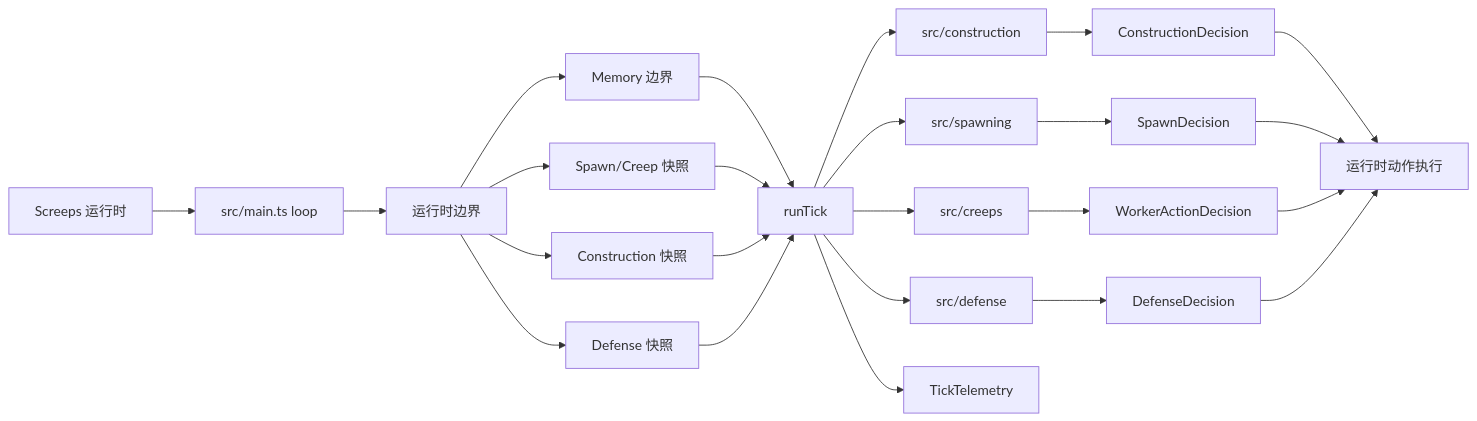
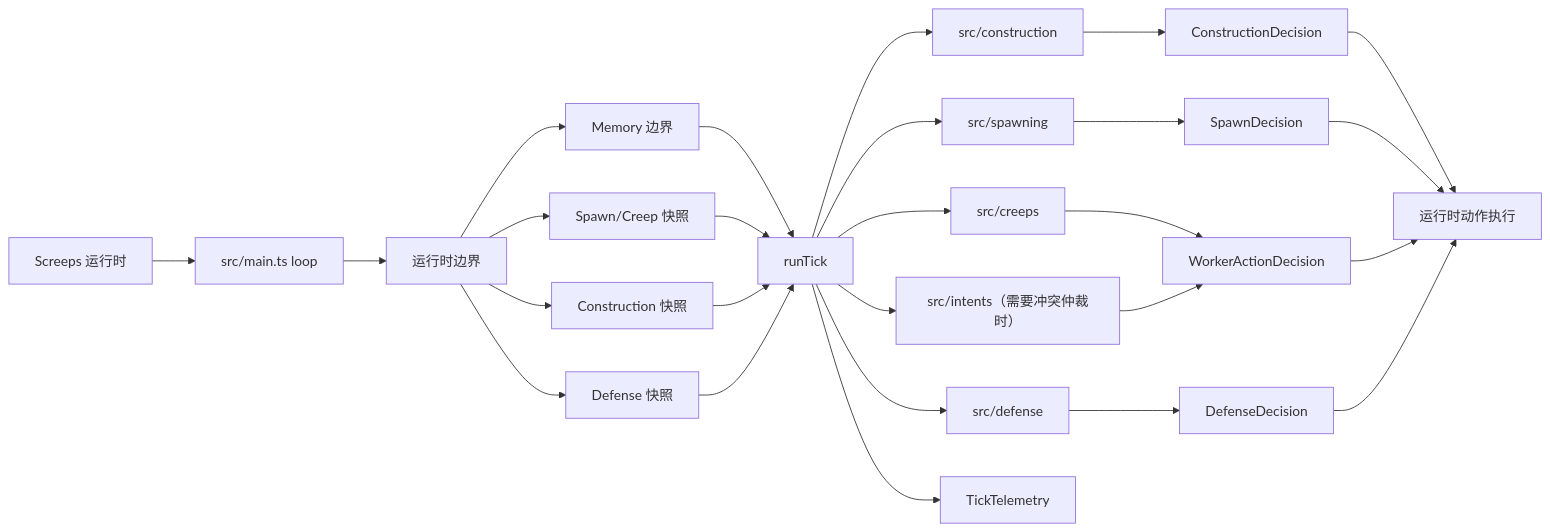
The diagram in docs/architecture.md (Hime-Hina/ScreepsScripts), drawn with Mermaid before and after one commit. The commit also changed other lines of this file and 11 other files, not shown here.

Commit message:
docs: define data-driven decision architecture

````diff
--- a/docs/architecture.md
+++ b/docs/architecture.md
@@ -5,26 +5,28 @@
 ```mermaid
 flowchart LR
   Screeps["Screeps 运行时"] --> Main["src/main.ts loop"]
   Main --> Boundary["运行时边界"]
   Boundary --> Memory["Memory 边界"]
   Boundary --> SpawnSnapshot["Spawn/Creep 快照"]
   Boundary --> ConstructionSnapshot["Construction 快照"]
   Boundary --> DefenseSnapshot["Defense 快照"]
   Memory --> Kernel["runTick"]
   SpawnSnapshot --> Kernel
   ConstructionSnapshot --> Kernel
   DefenseSnapshot --> Kernel
   Kernel --> Construction["src/construction"]
   Kernel --> Spawning["src/spawning"]
   Kernel --> Creeps["src/creeps"]
   Kernel --> Defense["src/defense"]
   Construction --> ConstructionDecision["ConstructionDecision"]
   Spawning --> SpawnDecision["SpawnDecision"]
   Creeps --> WorkerDecision["WorkerActionDecision"]
   Defense --> DefenseDecision["DefenseDecision"]
+  Kernel --> Intents["src/intents（需要冲突仲裁时）"]
+  Intents --> WorkerDecision
   ConstructionDecision --> Actions["运行时动作执行"]
   SpawnDecision --> Actions["运行时动作执行"]
   WorkerDecision --> Actions
   DefenseDecision --> Actions
   Kernel --> Telemetry["TickTelemetry"]
 ```
````
